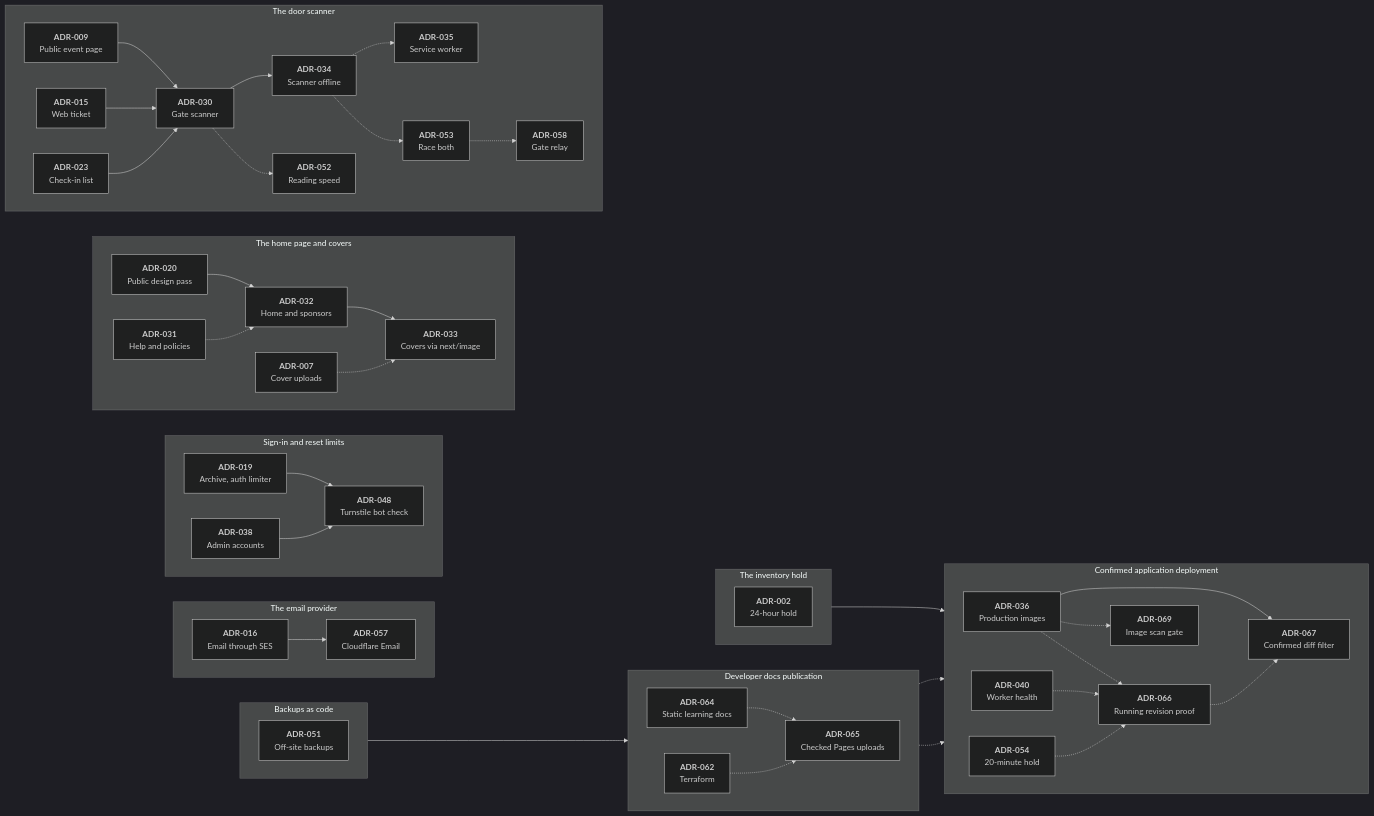
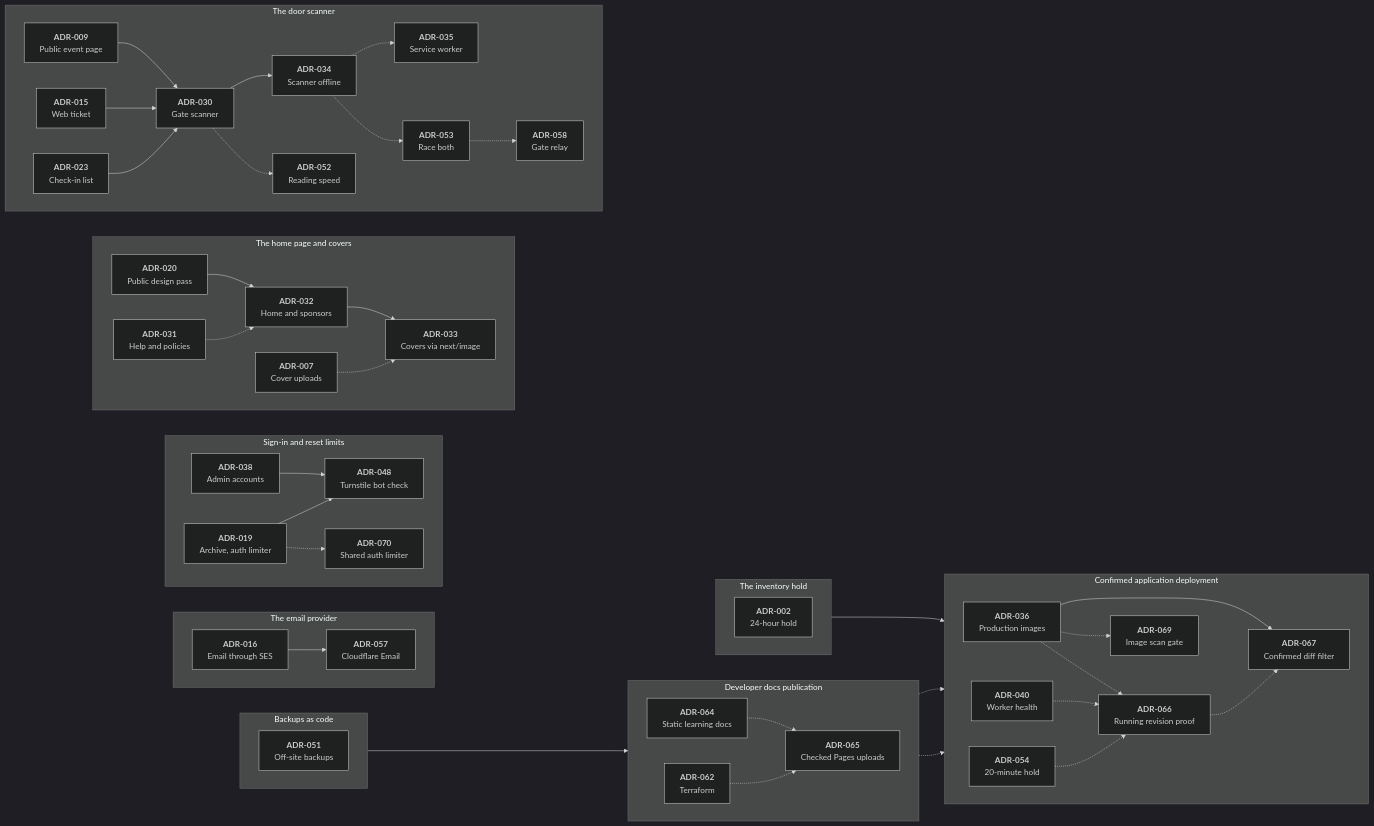
Before and after one commit to Ashfak-Hossain/EchoAndAura: the diagram in docs/decisions/README.md, drawn with Mermaid (dark theme). The commit also changed other lines of this file and 6 other files, not shown here.

First line of the commit message:
feat(auth): count better-auth's rate limits in Redis, shared by every web instance

```diff
--- a/docs/decisions/README.md
+++ b/docs/decisions/README.md
@@ -120,8 +120,11 @@
         Admin accounts`"]
         a048["`**ADR-048**
         Turnstile bot check`"]
+        a070["`**ADR-070**
+        Shared auth limiter`"]
         a019 --> a048
         a038 --> a048
+        a019 -.-> a070
     end
 
     subgraph look ["The home page and covers"]
```
